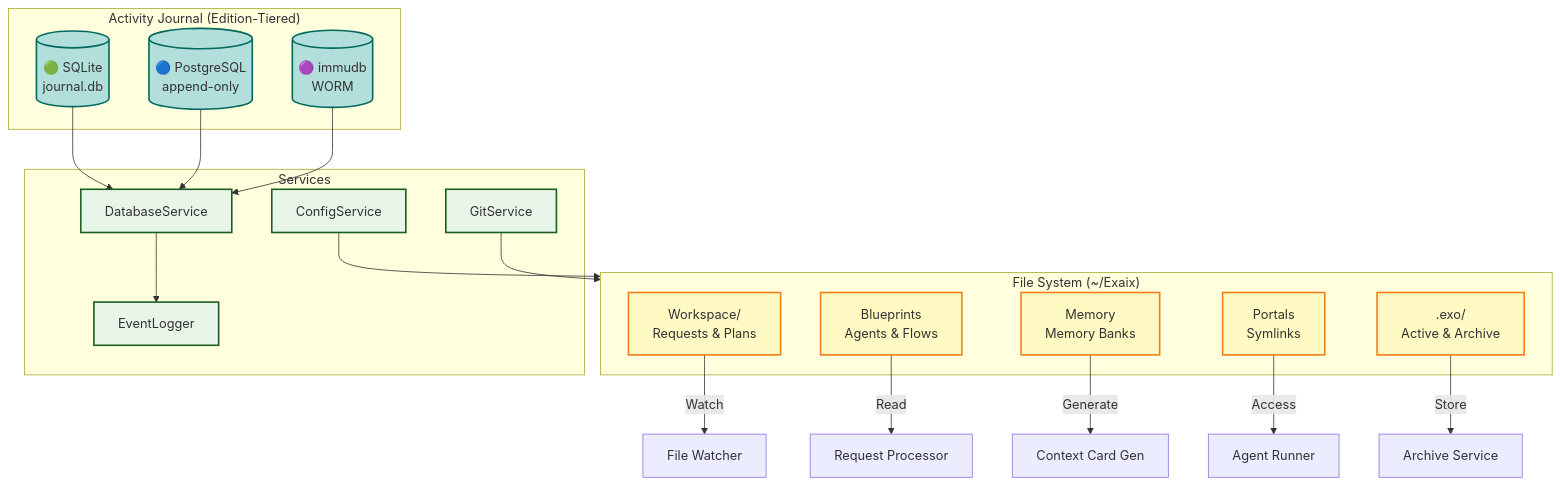
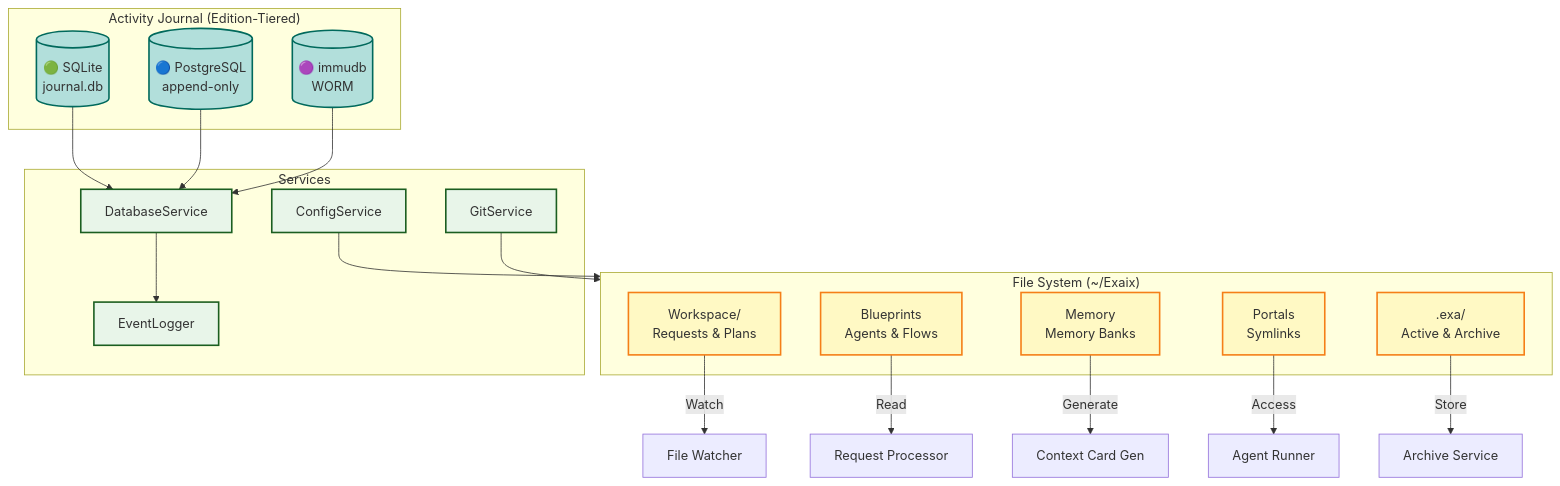
The ninth of 17 diagrams in ARCHITECTURE.md (dostark/exaix-public), drawn with Mermaid before and after one commit. The commit also changed other lines of this file and 251 other files, not shown here.

````diff
--- a/ARCHITECTURE.md
+++ b/ARCHITECTURE.md
@@ -990,44 +990,44 @@
 ```mermaid
 graph TB
     subgraph FileSystem["File System (~/Exaix)"]
         Workspace["Workspace/<br/>Requests & Plans"]
         Blueprint["Blueprints<br/>Agents & Flows"]
         Memory["Memory<br/>Memory Banks"]
         Portals["Portals<br/>Symlinks"]
-        Runtime[".exo/<br/>Active & Archive"]
+        Runtime[".exa/<br/>Active & Archive"]
     end
 
     subgraph Database["Activity Journal (Edition-Tiered)"]
         Solo[("🟢 SQLite<br/>journal.db")]
         Team[("🔵 PostgreSQL<br/>append-only")]
         Enterprise[("🟣 immudb<br/>WORM")]
     end
 
     subgraph Services["Services"]
         DB["DatabaseService"]
         Event["EventLogger"]
         Config["ConfigService"]
         Git["GitService"]
     end
 
     Workspace -->|Watch| Watcher["File Watcher"]
     Blueprint -->|Read| ReqProc["Request Processor"]
     Memory -->|Generate| CtxCard["Context Card Gen"]
     Portals -->|Access| AgentRun["Agent Runner"]
     Runtime -->|Store| Archive["Archive Service"]
 
     Solo --> DB
     Team --> DB
     Enterprise --> DB
     DB --> Event
     Config --> FileSystem
     Git --> FileSystem
 
     classDef storage fill:#fff9c4,stroke:#f57f17,stroke-width:2px
     classDef db fill:#b2dfdb,stroke:#00695c,stroke-width:2px
     classDef service fill:#e8f5e9,stroke:#1b5e20,stroke-width:2px
 
     class Workspace,Blueprint,Memory,Portals,Runtime storage
     class Solo,Team,Enterprise db
     class DB,Event,Config,Git service
 ```
````
